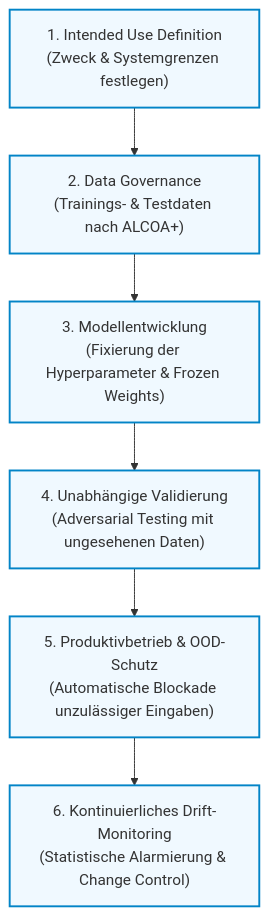
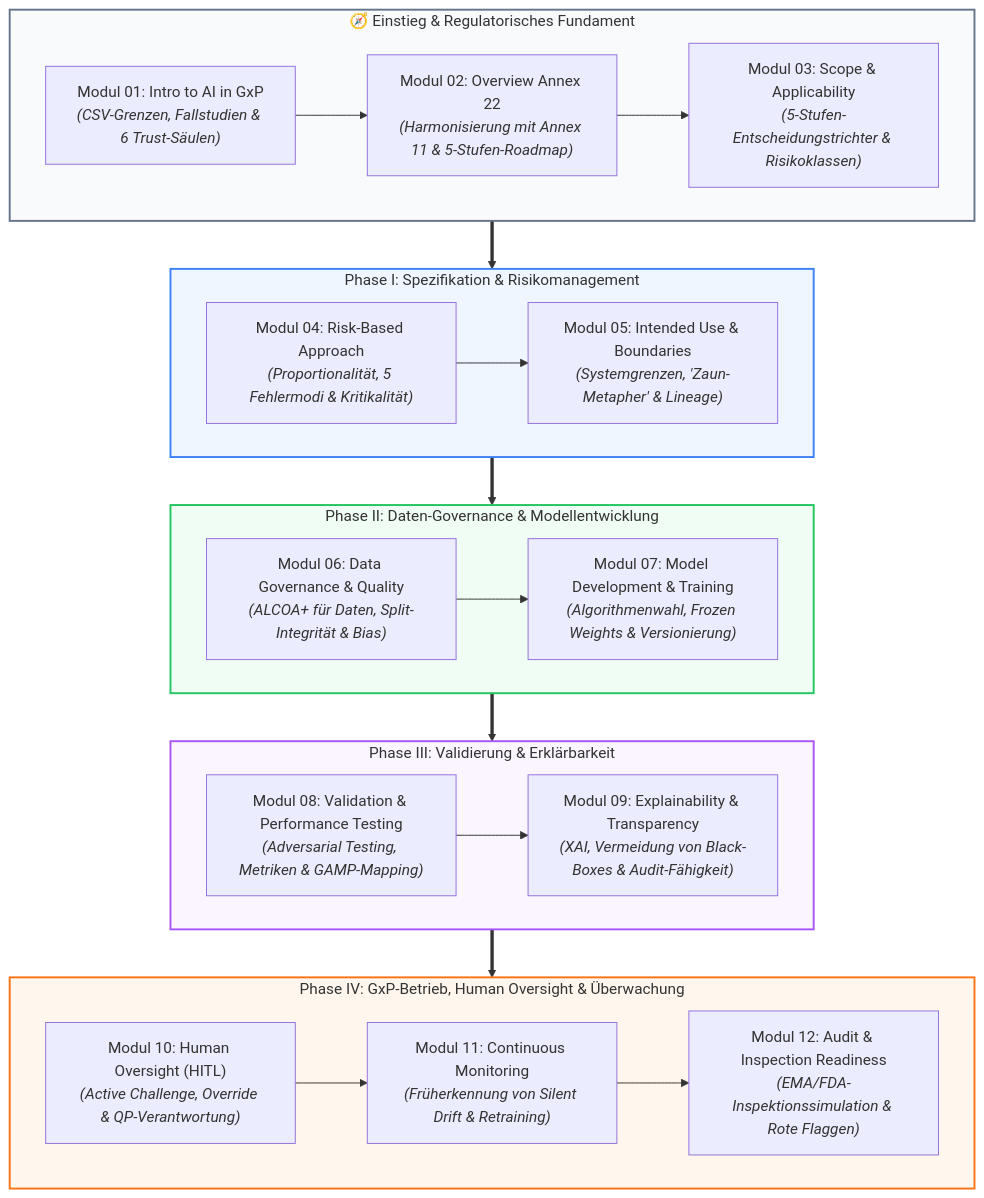
The second of 2 diagrams in docs/00_overview.md (Lunaman06/Annex22), drawn with Mermaid before and after one commit. The commit also changed other lines of this file, not shown here.

Commit message:
docs: consolidate process map and module navigator into unified lifecycle hub

````diff
--- a/docs/00_overview.md
+++ b/docs/00_overview.md
@@ -32,15 +32,45 @@
 ```mermaid
 flowchart TD
-    M1["1. Intended Use Definition<br/>(Zweck & Systemgrenzen festlegen)"] --> M2["2. Data Governance<br/>(Trainings- & Testdaten nach ALCOA+)"]
-    M2 --> M3["3. Modellentwicklung<br/>(Fixierung der Hyperparameter & Frozen Weights)"]
-    M3 --> M4["4. Unabhängige Validierung<br/>(Adversarial Testing mit ungesehenen Daten)"]
-    M4 --> M5["5. Produktivbetrieb & OOD-Schutz<br/>(Automatische Blockade unzulässiger Eingaben)"]
-    M5 --> M6["6. Kontinuierliches Drift-Monitoring<br/>(Statistische Alarmierung & Change Control)"]
+    subgraph S0["🧭 Einstieg & Regulatorisches Fundament"]
+        M01["Modul 01: Intro to AI in GxP<br/><i>(CSV-Grenzen, Fallstudien & 6 Trust-Säulen)</i>"]
+        M02["Modul 02: Overview Annex 22<br/><i>(Harmonisierung mit Annex 11 & 5-Stufen-Roadmap)</i>"]
+        M03["Modul 03: Scope & Applicability<br/><i>(5-Stufen-Entscheidungstrichter & Risikoklassen)</i>"]
+        M01 --> M02 --> M03
+    end
 
-    style M1 fill:#f0f9ff,stroke:#0284c7,stroke-width:2px
-    style M2 fill:#f0f9ff,stroke:#0284c7,stroke-width:2px
-    style M3 fill:#f0f9ff,stroke:#0284c7,stroke-width:2px
-    style M4 fill:#f0f9ff,stroke:#0284c7,stroke-width:2px
-    style M5 fill:#f0f9ff,stroke:#0284c7,stroke-width:2px
-    style M6 fill:#f0f9ff,stroke:#0284c7,stroke-width:2px
+    subgraph S1["Phase I: Spezifikation & Risikomanagement"]
+        M04["Modul 04: Risk-Based Approach<br/><i>(Proportionalität, 5 Fehlermodi & Kritikalität)</i>"]
+        M05["Modul 05: Intended Use & Boundaries<br/><i>(Systemgrenzen, 'Zaun-Metapher' & Lineage)</i>"]
+        M04 --> M05
+    end
+
+    subgraph S2["Phase II: Daten-Governance & Modellentwicklung"]
+        M06["Modul 06: Data Governance & Quality<br/><i>(ALCOA+ für Daten, Split-Integrität & Bias)</i>"]
+        M07["Modul 07: Model Development & Training<br/><i>(Algorithmenwahl, Frozen Weights & Versionierung)</i>"]
+        M06 --> M07
+    end
+
+    subgraph S3["Phase III: Validierung & Erklärbarkeit"]
+        M08["Modul 08: Validation & Performance Testing<br/><i>(Adversarial Testing, Metriken & GAMP-Mapping)</i>"]
+        M09["Modul 09: Explainability & Transparency<br/><i>(XAI, Vermeidung von Black-Boxes & Audit-Fähigkeit)</i>"]
+        M08 --> M09
+    end
+
+    subgraph S4["Phase IV: GxP-Betrieb, Human Oversight & Überwachung"]
+        M10["Modul 10: Human Oversight (HITL)<br/><i>(Active Challenge, Override & QP-Verantwortung)</i>"]
+        M11["Modul 11: Continuous Monitoring<br/><i>(Früherkennung von Silent Drift & Retraining)</i>"]
+        M12["Modul 12: Audit & Inspection Readiness<br/><i>(EMA/FDA-Inspektionssimulation & Rote Flaggen)</i>"]
+        M10 --> M11 --> M12
+    end
+
+    S0 ==> S1
+    S1 ==> S2
+    S2 ==> S3
+    S3 ==> S4
+
+    style S0 fill:#f8fafc,stroke:#64748b,stroke-width:2px
+    style S1 fill:#eff6ff,stroke:#3b82f6,stroke-width:2px
+    style S2 fill:#f0fdf4,stroke:#22c55e,stroke-width:2px
+    style S3 fill:#faf5ff,stroke:#a855f7,stroke-width:2px
+    style S4 fill:#fff7ed,stroke:#f97316,stroke-width:2px
 ```
````
